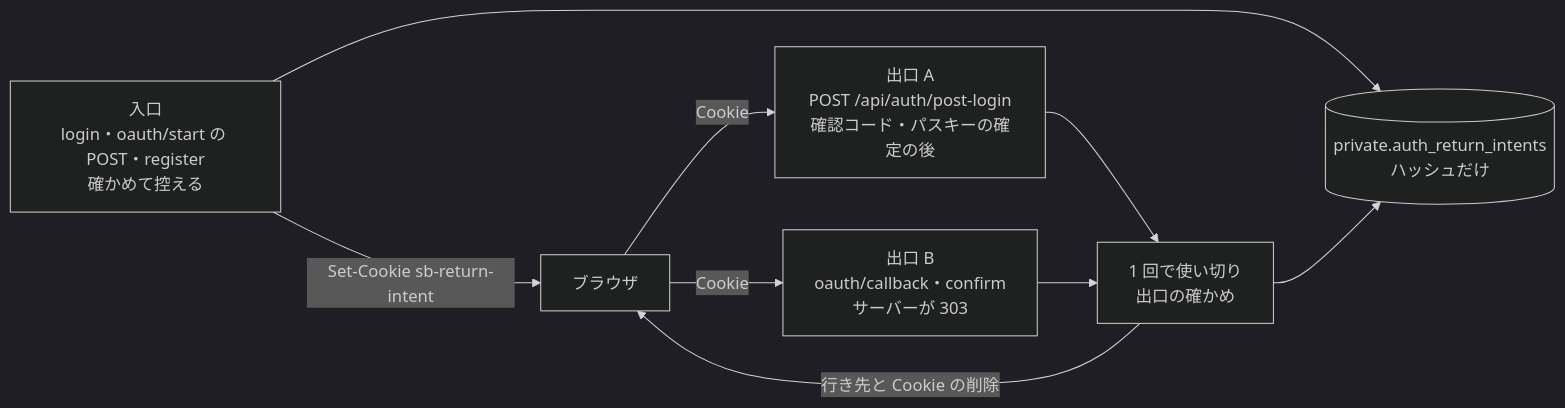
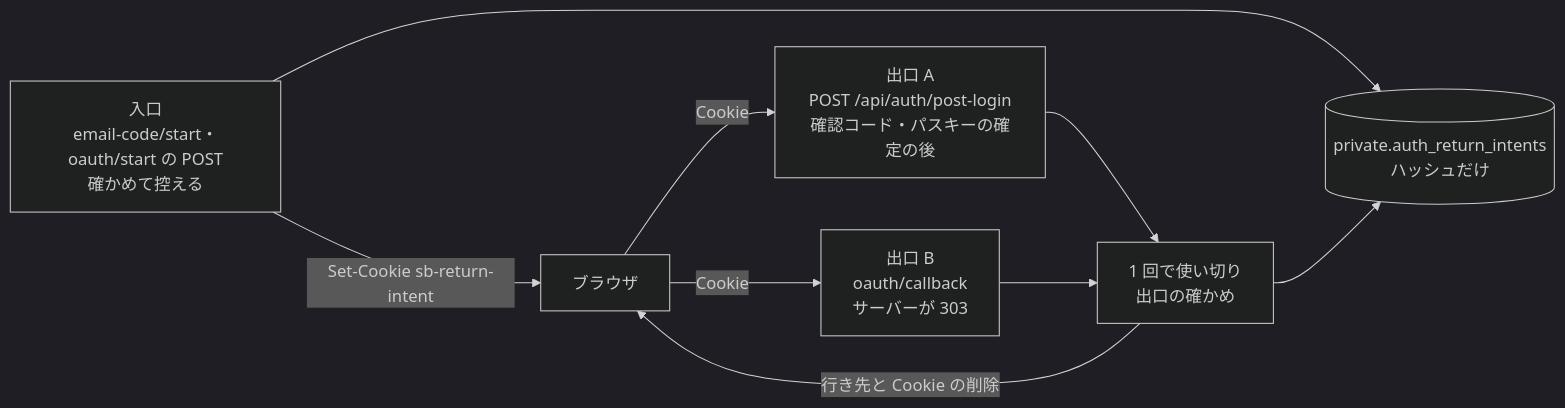
Before and after one commit to ChocoWork/o_official: the sixth of 22 diagrams in docs/03_BasicDesign/areas/auth.md, drawn with Mermaid (dark theme). The commit also changed other lines of this file and 15 other files, not shown here.

````diff
--- a/docs/03_BasicDesign/areas/auth.md
+++ b/docs/03_BasicDesign/areas/auth.md
@@ -299,11 +300,11 @@
 ```mermaid
 flowchart LR
-  IN["入口<br/>login・oauth/start の POST・register<br/>確かめて控える"] --> DB[("private.auth_return_intents<br/>ハッシュだけ")]
+  IN["入口<br/>email-code/start・oauth/start の POST<br/>確かめて控える"] --> DB[("private.auth_return_intents<br/>ハッシュだけ")]
   IN -->|Set-Cookie sb-return-intent| B["ブラウザ"]
   B -->|Cookie| XA["出口 A<br/>POST /api/auth/post-login<br/>確認コード・パスキーの確定の後"]
-  B -->|Cookie| XB["出口 B<br/>oauth/callback・confirm<br/>サーバーが 303"]
+  B -->|Cookie| XB["出口 B<br/>oauth/callback<br/>サーバーが 303"]
   XA --> U["1 回で使い切り<br/>出口の確かめ"]
   XB --> U
   U --> DB
   U -->|行き先と Cookie の削除| B
 ```
````
